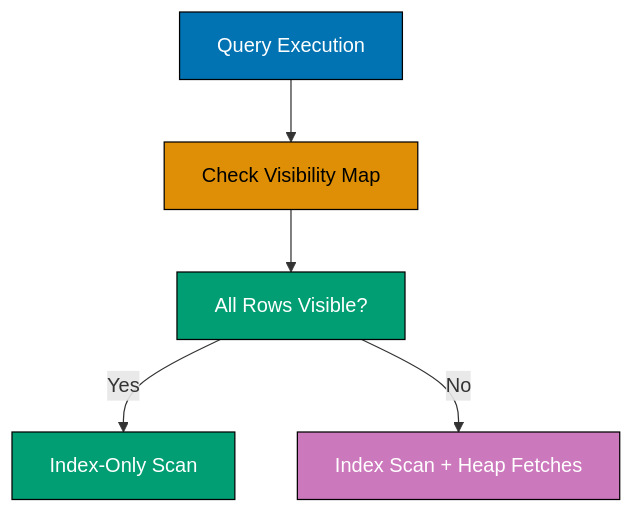
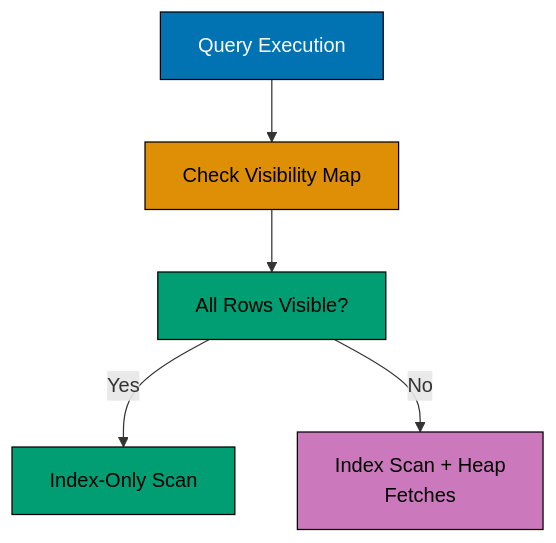
Before and after one commit to wahidyankf/ose-public: the fifth of 10 diagrams in apps/ayokoding-www/content/en/learn/legacy/software-engineering/data/databases/postgresql/by-example/advanced.md, drawn with Mermaid. The commit also changed other lines of this file and 131 other files, not shown here.

First line of the commit message:
fix(mermaid): bring the legacy data, infrastructure, and testing diagrams onto the accessible palette

````diff
--- a/apps/ayokoding-www/content/en/learn/legacy/software-engineering/data/databases/postgresql/by-example/advanced.md
+++ b/apps/ayokoding-www/content/en/learn/legacy/software-engineering/data/databases/postgresql/by-example/advanced.md
@@ -733,20 +762,27 @@
 ```mermaid
 %% Color Palette: Blue #0173B2, Orange #DE8F05, Teal #029E73, Purple #CC78BC, Brown #CA9161
 graph TD
+    accTitle: Example 65: Index-Only Scans
+    accDescr: Graph with 5 nodes and 4 connections. Nodes: Query Execution, Check Visibility Map, All Rows Visible?, Index-Only Scan, Index Scan + Heap Fetches. Connections: Query Execution to Check Visibility Map, Check Visibility Map to All Rows Visible?, All Rows Visible? to Index-Only Scan (Yes), All Rows Visible? to Index Scan + Heap Fetches (No).
     A["Query Execution"]
     B["Check Visibility Map"]
     C["All Rows Visible?"]
     D["Index-Only Scan"]
-    E["Index Scan + Heap Fetches"]
+    E["Index Scan + Heap<br/>Fetches"]
 
     A --> B
     B --> C
     C -->|Yes| D
     C -->|No| E
 
-    style A fill:#0173B2,stroke:#000,color:#fff
-    style B fill:#DE8F05,stroke:#000,color:#000
-    style C fill:#029E73,stroke:#000,color:#fff
-    style D fill:#029E73,stroke:#000,color:#fff
-    style E fill:#CC78BC,stroke:#000,color:#fff
+    classDef pal-0173B2 fill:#0173B2,stroke:#000000,color:#FFFFFF
+    class A pal-0173B2
+    classDef pal-DE8F05 fill:#DE8F05,stroke:#000000,color:#000000
+    class B pal-DE8F05
+    classDef pal-029E73 fill:#029E73,stroke:#000000,color:#000000
+    class C pal-029E73
+    class D pal-029E73
+    classDef pal-CC78BC fill:#CC78BC,stroke:#000000,color:#000000
+    class E pal-CC78BC
+    classDef default fill:#FFFFFF,stroke:#000000,color:#000000
 ```
````
